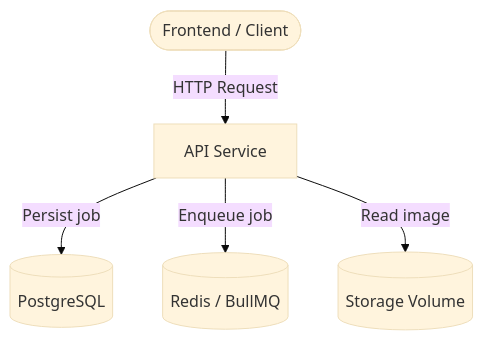
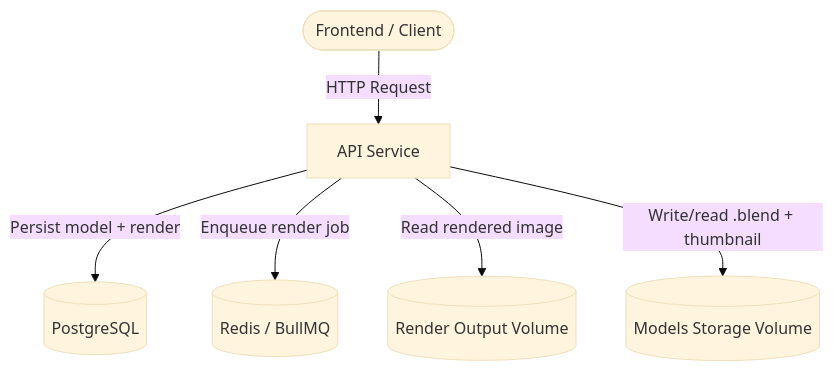
The first of 3 diagrams in docs/architecture/02-api.md (giovanizaghi/3d-room-platform), drawn with Mermaid (base theme) before and after one commit. The commit also changed other lines of this file and 5 other files, not shown here.

Commit message:
feat: enhance API and worker documentation; update data models and queue configurations

````diff
--- a/docs/architecture/02-api.md
+++ b/docs/architecture/02-api.md
@@ -34,13 +41,15 @@
 ```mermaid
 flowchart TD
     Client([Frontend / Client])
     API[API Service]
     DB[(PostgreSQL)]
     Queue[(Redis / BullMQ)]
-    Storage[(Storage Volume)]
+    RenderVol[(Render Output Volume)]
+    ModelsVol[(Models Storage Volume)]
 
     Client -->|HTTP Request| API
-    API -->|Persist job| DB
-    API -->|Enqueue job| Queue
-    API -->|Read image| Storage
+    API -->|Persist model + render| DB
+    API -->|Enqueue render job| Queue
+    API -->|Read rendered image| RenderVol
+    API -->|Write/read .blend + thumbnail| ModelsVol
 ```
````
